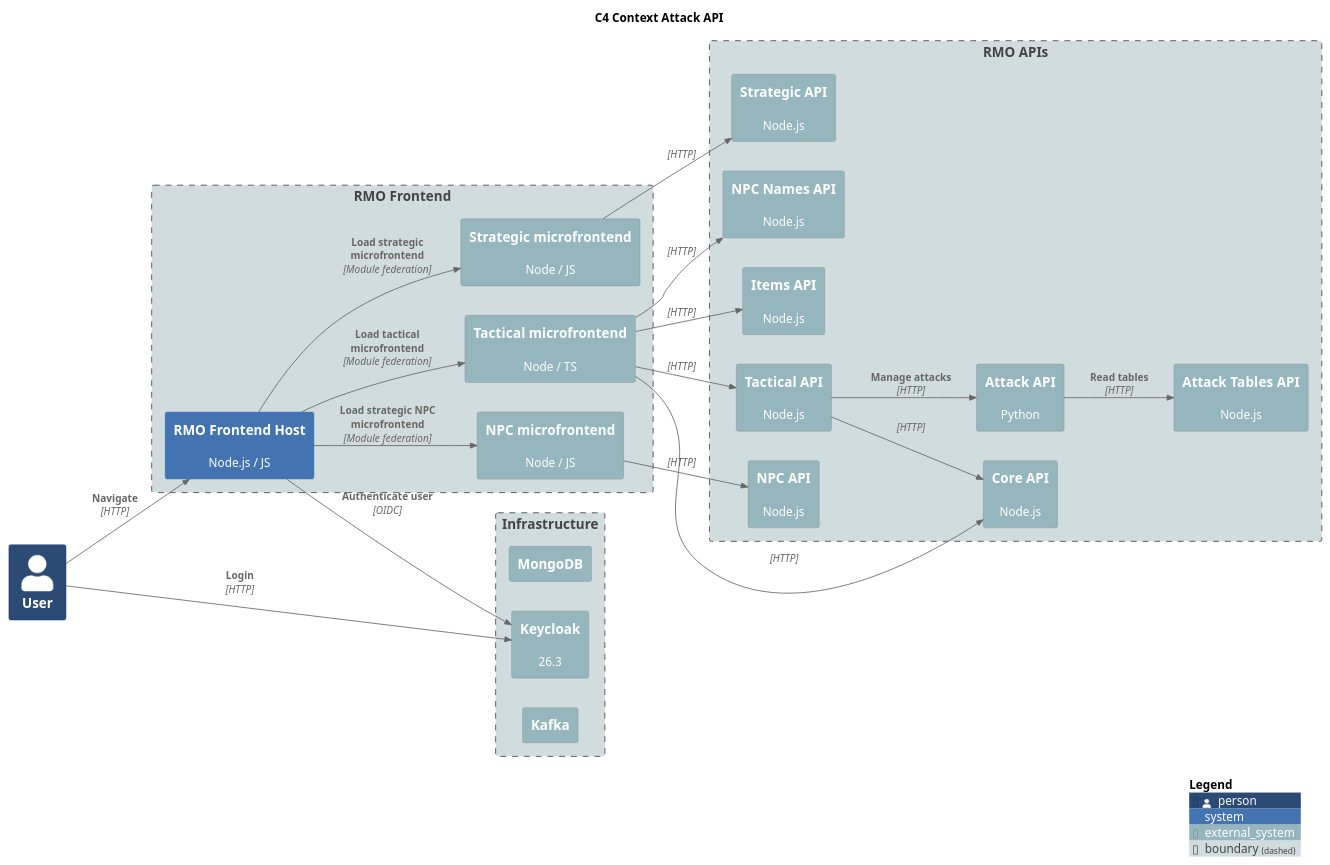
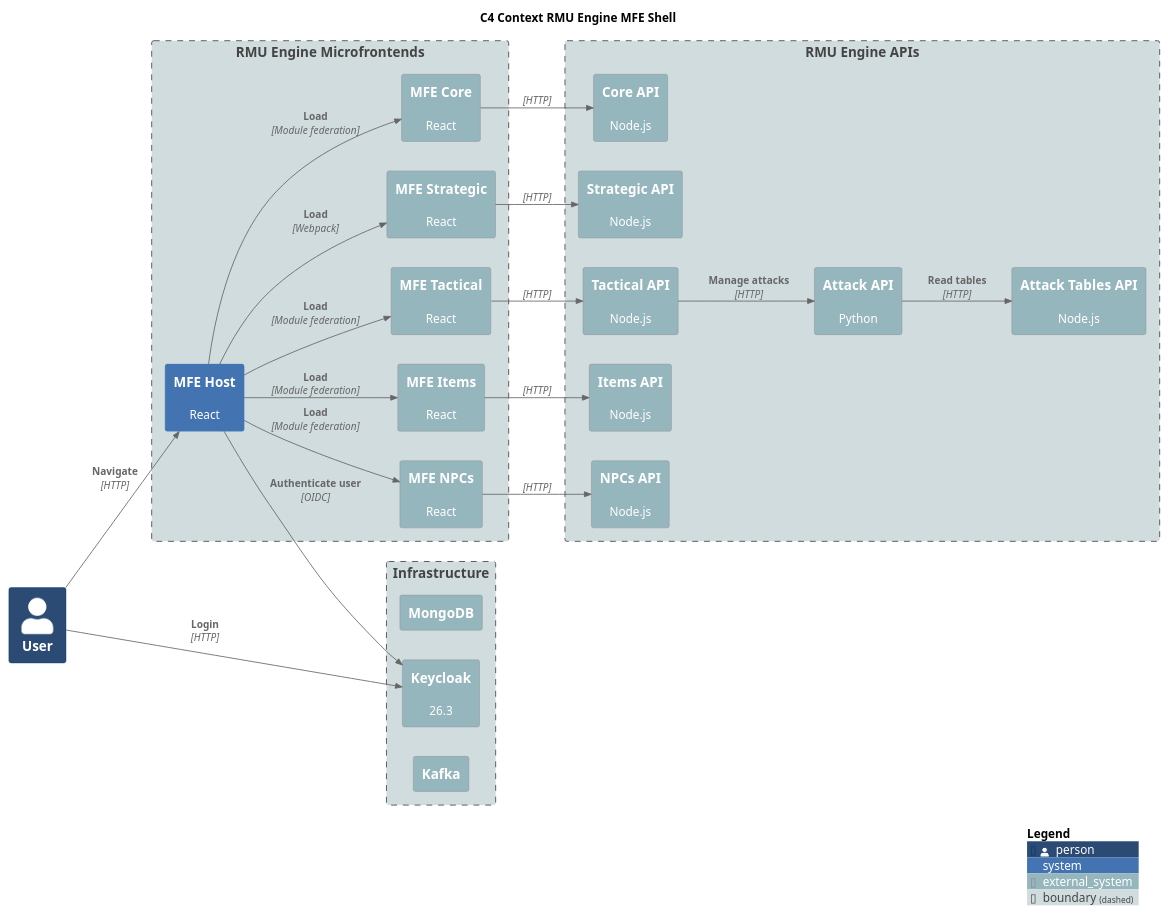
Before and after one commit to labcabrera/rmu-mfe-shell: the diagram in diagrams/c4-context.plantuml, drawn with PlantUML. The commit also changed 12 other files, not shown here.

```diff
--- a/diagrams/c4-context.plantuml
+++ b/diagrams/c4-context.plantuml
@@ -1,77 +1,67 @@
-@startuml C4 Context Attack API
-title C4 Context Attack API
+@startuml C4 Context RMU Engine MFE Shell
+title C4 Context RMU Engine MFE Shell
 
 !include https://raw.githubusercontent.com/plantuml-stdlib/C4-PlantUML/master/C4_Context.puml
 
 LAYOUT_LEFT_RIGHT()
 
 UpdateElementStyle(person, $bgColor="#2b4a74ff")
 UpdateElementStyle(system, $bgColor="#4373b1ff")
 UpdateElementStyle(external_system, $bgColor="#96b6beff")
 UpdateElementStyle(boundary, $bgColor="#d1dcdfff")
 
 Person(user, "User")
 
-Boundary(frontend, "RMO Frontend") {
-    System(rmu_fe_host, "RMO Frontend Host", "Node.js / JS")
-    System_Ext(rmu_fe_strategic, "Strategic microfrontend", "Node / JS")
-    System_Ext(rmu_fe_tactical, "Tactical microfrontend", "Node / TS")
-    System_Ext(rmu_fe_npc, "NPC microfrontend", "Node / JS")
+Boundary(frontend, "RMU Engine Microfrontends") {
+    System(rmu_mfe_shell, "MFE Host", "React")
+    System_Ext(rmu_mfe_core, "MFE Core", "React")
+    System_Ext(rmu_mfe_strategic, "MFE Strategic", "React")
+    System_Ext(rmu_mfe_tactical, "MFE Tactical", "React")
+    System_Ext(rmu_mfe_items, "MFE Items", "React")
+    System_Ext(rmu_mfe_npc, "MFE NPCs", "React")
 }
 
-Boundary(apis, "RMO APIs") {
+Boundary(apis, "RMU Engine APIs") {
     System_Ext(rmu_api_core, "Core API", "Node.js")
     System_Ext(rmu_api_strategic, "Strategic API", "Node.js")
     System_Ext(rmu_api_tactical, "Tactical API", "Node.js")
-    System_Ext(rmu_api_npc, "NPC API", "Node.js")
-    System_Ext(rmu_api_npc_names, "NPC Names API", "Node.js")
+    System_Ext(rmu_api_npc, "NPCs API", "Node.js")
     System_Ext(rmu_api_attack, "Attack API", "Python")
     System_Ext(rmu_api_items, "Items API", "Node.js")
     System_Ext(rmu_api_attack_tables, "Attack Tables API", "Node.js")
 }
 
 Boundary(infrastructure, "Infrastructure") {
     System_Ext(mongodb, "MongoDB", "")
     System_Ext(keycloak, "Keycloak", "26.3")
     System_Ext(kafka, "Kafka", "")
 }
 
-Rel(user, rmu_fe_host, "Navigate", "HTTP")
+Rel(user, rmu_mfe_shell, "Navigate", "HTTP")
 Rel(user, keycloak, "Login", "HTTP")
 
-' Frontends
+Rel(rmu_mfe_shell, keycloak, "Authenticate user", "OIDC")
 
-Rel(rmu_fe_host, rmu_fe_strategic, "Load strategic microfrontend", "Module federation")
-Rel(rmu_fe_host, rmu_fe_tactical, "Load tactical microfrontend", "Module federation")
-Rel(rmu_fe_host, rmu_fe_npc, "Load strategic NPC microfrontend", "Module federation")
-Rel(rmu_fe_host, keycloak, "Authenticate user", "OIDC")
+Rel(rmu_mfe_shell, rmu_mfe_core, "Load", "Module federation")
+Rel(rmu_mfe_shell, rmu_mfe_strategic, "Load", "Webpack")
+Rel(rmu_mfe_shell, rmu_mfe_tactical, "Load", "Module federation")
+Rel(rmu_mfe_shell, rmu_mfe_npc, "Load", "Module federation")
+Rel(rmu_mfe_shell, rmu_mfe_items, "Load", "Module federation")
 
-Rel(rmu_fe_strategic, rmu_api_strategic, "", "HTTP")
+Rel(rmu_mfe_core, rmu_api_core, "", "HTTP")
 
-Rel(rmu_fe_tactical, rmu_api_tactical, "", "HTTP")
-Rel(rmu_fe_tactical, rmu_api_core, "", "HTTP")
-Rel(rmu_fe_tactical, rmu_api_items, "", "HTTP")
-Rel(rmu_fe_tactical, rmu_api_npc_names, "", "HTTP")
+Rel(rmu_mfe_strategic, rmu_api_strategic, "", "HTTP")
 
-Rel(rmu_fe_npc, rmu_api_npc, "", "HTTP")
+Rel(rmu_mfe_tactical, rmu_api_tactical, "", "HTTP")
 
-' APIs
+Rel(rmu_mfe_items, rmu_api_items, "", "HTTP")
 
-' Rel(rmu_api_core, mongodb, "", "")
-
-' Rel(rmu_api_strategic, mongodb, "Manage attacks", "HTTP")
+Rel(rmu_mfe_npc, rmu_api_npc, "", "HTTP")
 
 Rel(rmu_api_tactical, rmu_api_attack, "Manage attacks", "HTTP")
-Rel(rmu_api_tactical, rmu_api_core, "", "HTTP")
-' Rel(rmu_api_attack, mongodb, "Read/Write data", "pymongo")
-
-
-' Rel(rmu_api_npc, mongodb, "", "")
 
 Rel(rmu_api_attack, rmu_api_attack_tables, "Read tables", "HTTP")
-
-
 
 SHOW_LEGEND()
 
 @enduml
```
